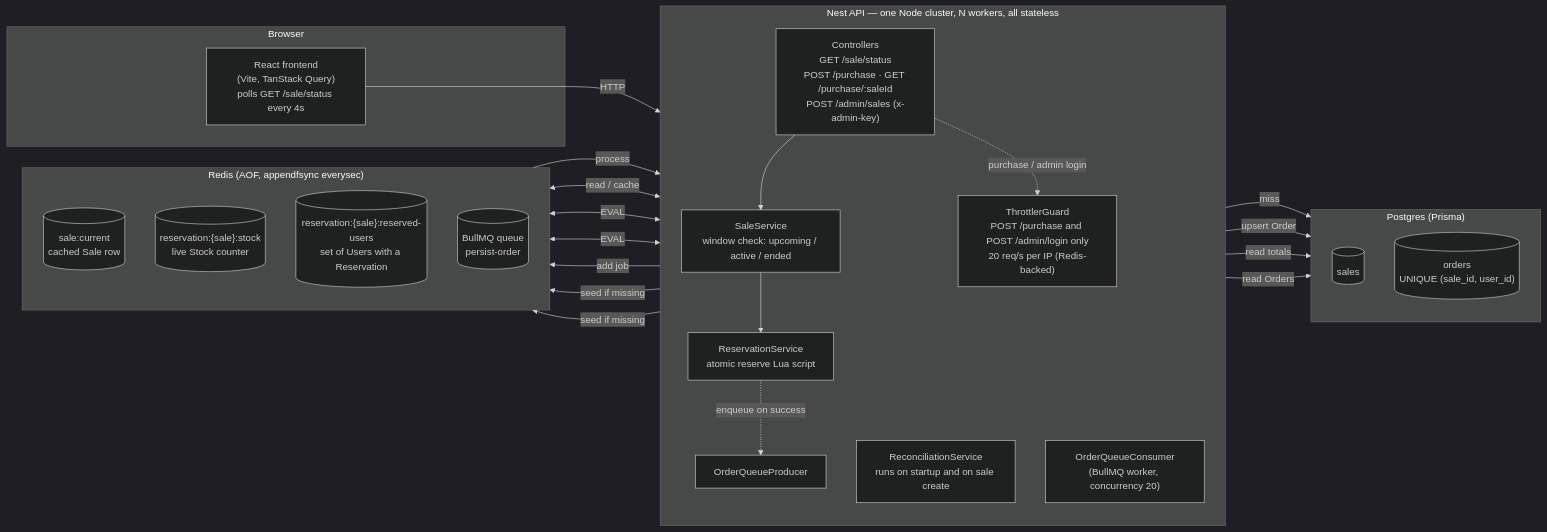
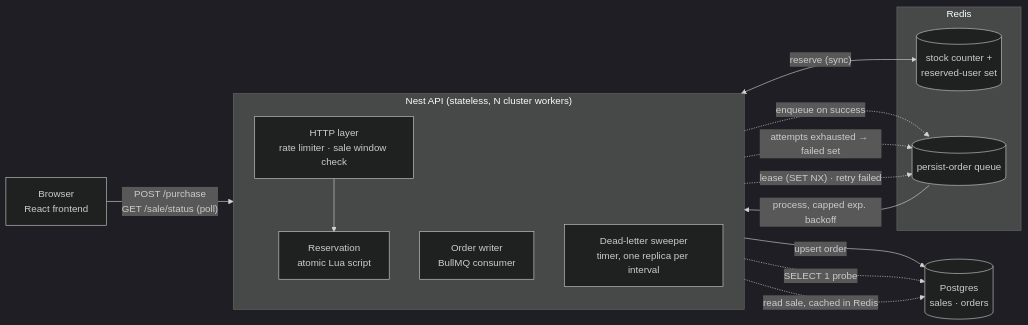
The first of 2 diagrams in README.md (sloonzz/flash-sale-exercise), drawn with Mermaid (dark theme) before and after one commit. The commit also changed other lines of this file and 20 other files, not shown here.

Commit message:
Readme and system diagram

````diff
--- a/README.md
+++ b/README.md
@@ -94,48 +94,30 @@
 ```mermaid
 flowchart LR
-    subgraph client["Browser"]
-        FE["React frontend<br/>(Vite, TanStack Query)<br/>polls GET /sale/status every 4s"]
+    FE["Browser<br/>React frontend"]
+
+    subgraph api["Nest API (stateless, N cluster workers)"]
+        direction TB
+        HTTP["HTTP layer<br/>rate limiter · sale window check"]
+        RES["Reservation<br/>atomic Lua script"]
+        CONS["Order writer<br/>BullMQ consumer"]
+        SWEEP["Dead-letter sweeper<br/>timer, one replica per interval"]
+        HTTP --> RES
     end
 
-    subgraph api["Nest API — one Node cluster, N workers, all stateless"]
-        direction TB
-        CTRL["Controllers<br/>GET /sale/status<br/>POST /purchase · GET /purchase/:saleId<br/>POST /admin/sales (x-admin-key)"]
-        THR["ThrottlerGuard<br/>POST /purchase and POST /admin/login only<br/>20 req/s per IP (Redis-backed)"]
-        SS["SaleService<br/>window check: upcoming / active / ended"]
-        RS["ReservationService<br/>atomic reserve Lua script"]
-        RC["ReconciliationService<br/>runs on startup and on sale create"]
-        PROD["OrderQueueProducer"]
-        CONS["OrderQueueConsumer<br/>(BullMQ worker, concurrency 20)"]
-        CTRL --> SS
-        CTRL -. purchase / admin login .-> THR
-        SS --> RS
-        RS -. enqueue on success .-> PROD
+    subgraph redis["Redis"]
+        STOCK[("stock counter +<br/>reserved-user set")]
+        QUEUE[("persist-order queue")]
     end
 
-    subgraph redis["Redis (AOF, appendfsync everysec)"]
-        direction TB
-        K0[("sale:current<br/>cached Sale row")]
-        K1[("reservation:{sale}:stock<br/>live Stock counter")]
-        K2[("reservation:{sale}:reserved-users<br/>set of Users with a Reservation")]
-        QUEUE[("BullMQ queue<br/>persist-order")]
-    end
+    PG[("Postgres<br/>sales · orders")]
 
-    subgraph pg["Postgres (Prisma)"]
-        direction TB
-        SALES[("sales")]
-        ORDERS[("orders<br/>UNIQUE (sale_id, user_id)")]
-    end
-
-    FE -->|HTTP| CTRL
-    SS <-->|read / cache| K0
-    SS -->|miss| SALES
-    RS <-->|EVAL| K1
-    RS <-->|EVAL| K2
-    PROD -->|add job| QUEUE
-    QUEUE -->|process| CONS
-    CONS -->|upsert Order| ORDERS
-    RC -->|read totals| SALES
-    RC -->|read Orders| ORDERS
-    RC -->|seed if missing| K1
-    RC -->|seed if missing| K2
+    FE -->|"POST /purchase<br/>GET /sale/status (poll)"| HTTP
+    RES <-->|"reserve (sync)"| STOCK
+    RES -.->|"enqueue on success"| QUEUE
+    QUEUE -->|"process, capped exp. backoff"| CONS
+    CONS -->|"upsert order"| PG
+    CONS -.->|"attempts exhausted → failed set"| QUEUE
+    SWEEP -.->|"lease (SET NX) · retry failed"| QUEUE
+    SWEEP -.->|"SELECT 1 probe"| PG
+    HTTP -.->|"read sale, cached in Redis"| PG
 ```
````
